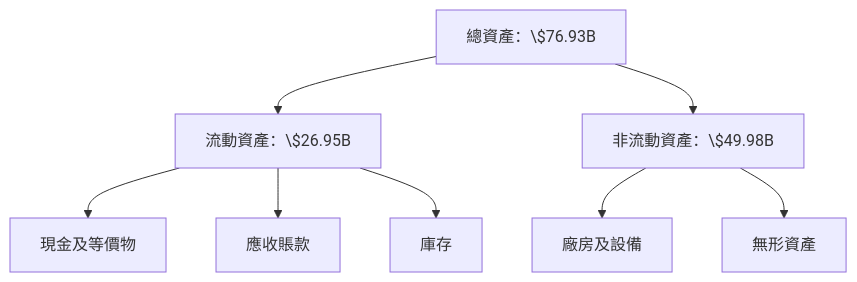
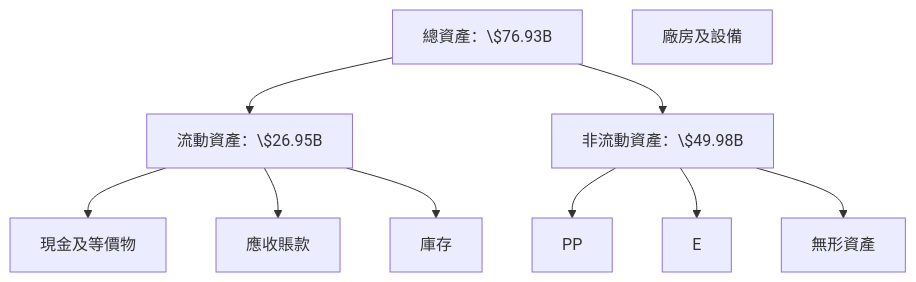
Before and after one commit to yennanliu/finance_data: the sixth of 14 diagrams in ai_gen_report/stock/amd/fundamental_analysis_2026-05-14_openai.md, drawn with Mermaid. The commit also changed 2258 other files, not shown here.

First line of the commit message:
chore: backfill Mermaid syntax repair across existing reports

````diff
--- a/ai_gen_report/stock/amd/fundamental_analysis_2026-05-14_openai.md
+++ b/ai_gen_report/stock/amd/fundamental_analysis_2026-05-14_openai.md
@@ -273,20 +273,20 @@
 ```mermaid
 graph TD
     TotalAssets["總資產：\$76.93B"]
 
     CurrentAssets["流動資產：\$26.95B"]
     NonCurrentAssets["非流動資產：\$49.98B"]
 
     Cash["現金及等價物"]
     Receivables["應收賬款"]
     Inventory["庫存"]
     PP&E["廠房及設備"]
     Intangibles["無形資產"]
 
     TotalAssets --> CurrentAssets --> Cash
     CurrentAssets --> Receivables
     CurrentAssets --> Inventory
 
-    TotalAssets --> NonCurrentAssets --> PP&E
+    TotalAssets --> NonCurrentAssets --> PP  &  E
     NonCurrentAssets --> Intangibles
 ```
````
